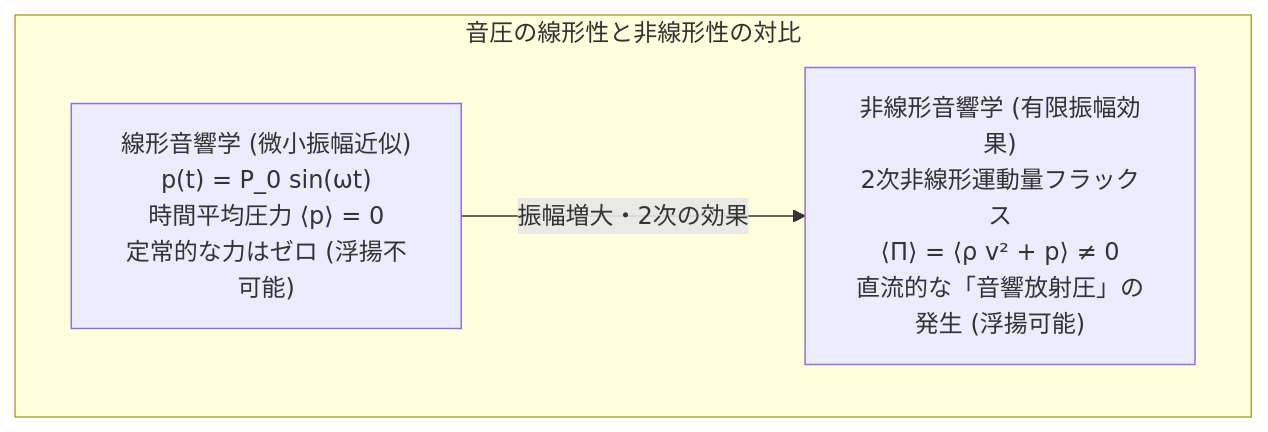
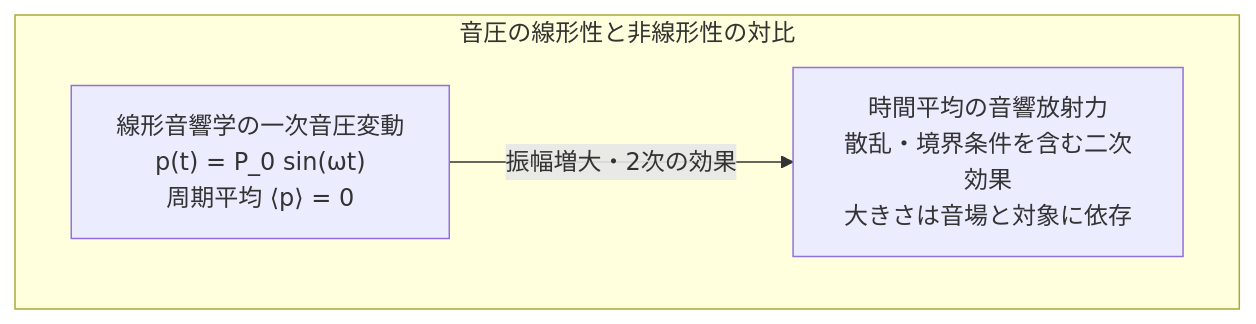
One commit to kenjinote/blog changed the first of 5 diagrams in content/post/acoustic-levitation-standing-waves-radiation-force-ultrasonic-physics/index.ja.md. Above: the diagram before and after it, drawn with Mermaid. The commit also changed other lines of this file and 16 other files, not shown here.

````diff
--- a/content/post/acoustic-levitation-standing-waves-radiation-force-ultrasonic-physics/index.ja.md
+++ b/content/post/acoustic-levitation-standing-waves-radiation-force-ultrasonic-physics/index.ja.md
@@ -45,8 +45,8 @@
 ```mermaid
 flowchart TD
     subgraph AcousticParadox ["音圧の線形性と非線形性の対比"]
-        Linear["線形音響学 (微小振幅近似)<br>p(t) = P_0 sin(ωt)<br>時間平均圧力 ⟨p⟩ = 0<br>定常的な力はゼロ (浮揚不可能)"]
-        Nonlinear["非線形音響学 (有限振幅効果)<br>2次非線形運動量フラックス<br>⟨Π⟩ = ⟨ρ v² + p⟩ ≠ 0<br>直流的な「音響放射圧」の発生 (浮揚可能)"]
+        Linear["線形音響学の一次音圧変動<br>p(t) = P_0 sin(ωt)<br>周期平均 ⟨p⟩ = 0"]
+        Nonlinear["時間平均の音響放射力<br>散乱・境界条件を含む二次効果<br>大きさは音場と対象に依存"]
     end
     Linear -->|振幅増大・2次の効果| Nonlinear
 ```
````
